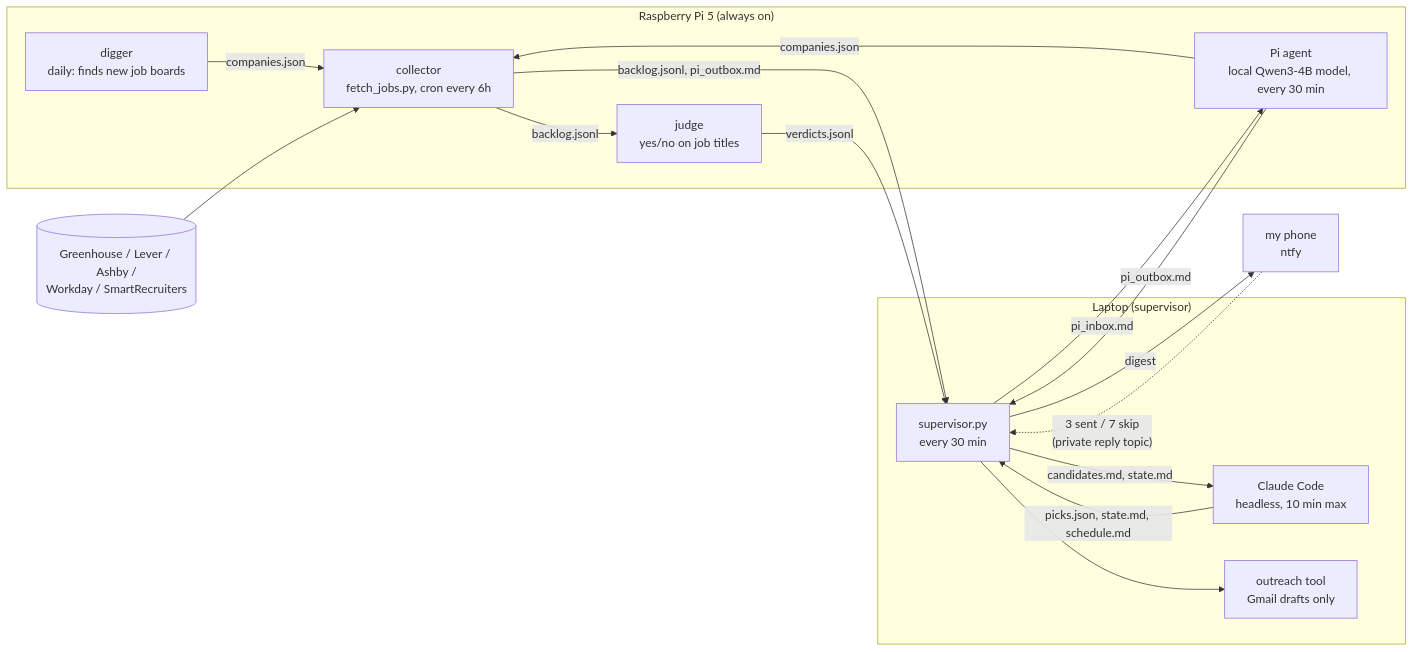
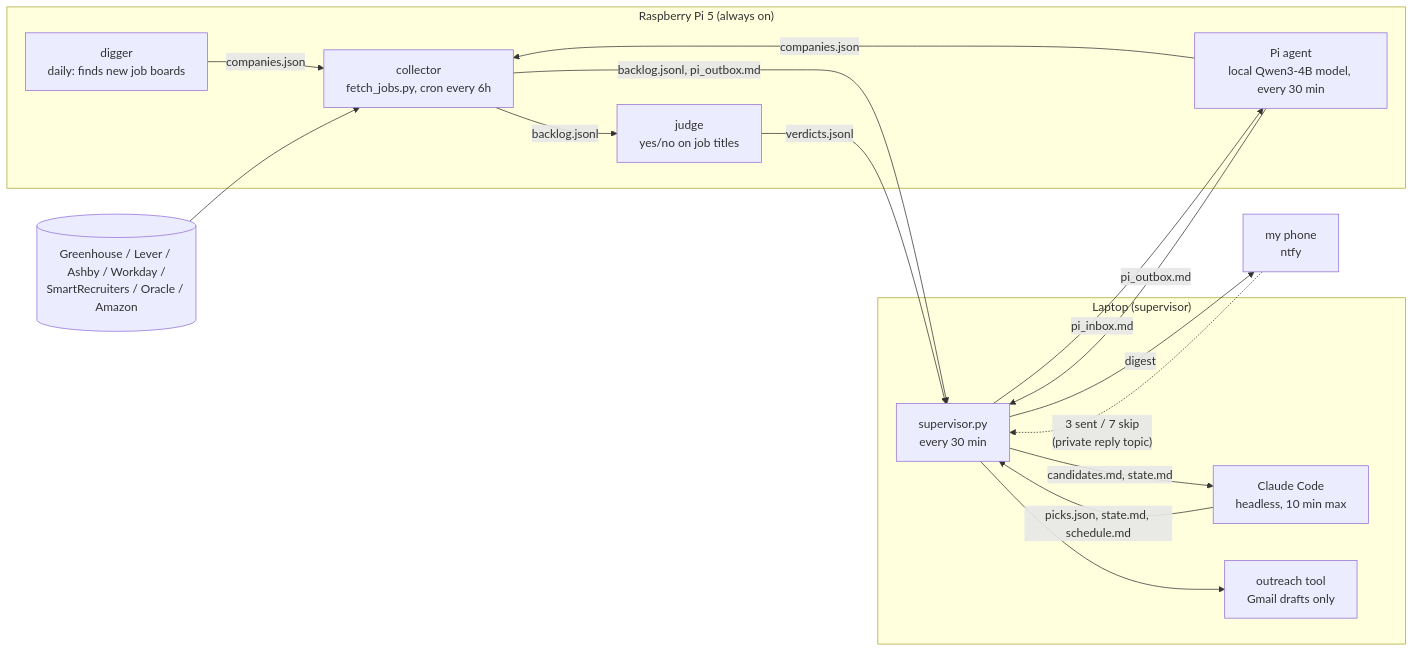
Before and after one commit to ShlokisAFK/job-agent: the diagram in README.md, drawn with Mermaid. The commit also changed other lines of this file and 9 other files, not shown here.

First line of the commit message:
Add Oracle and Amazon boards, internships-only mode and posting excerpts

````diff
--- a/README.md
+++ b/README.md
@@ -8,27 +8,27 @@
 ```mermaid
 flowchart LR
     subgraph Pi["Raspberry Pi 5 (always on)"]
         F[collector<br/>fetch_jobs.py, cron every 6h]
         A[Pi agent<br/>local Qwen3-4B model, every 30 min]
         A -- companies.json --> F
         G[digger<br/>daily: finds new job boards]
         G -- companies.json --> F
         J[judge<br/>yes/no on job titles]
         F -- backlog.jsonl --> J
     end
     subgraph Laptop["Laptop (supervisor)"]
         S[supervisor.py<br/>every 30 min]
         C[Claude Code<br/>headless, 10 min max]
         O[outreach tool<br/>Gmail drafts only]
     end
-    B[(Greenhouse / Lever / Ashby /<br/>Workday / SmartRecruiters)] --> F
+    B[(Greenhouse / Lever / Ashby / Workday /<br/>SmartRecruiters / Oracle / Amazon)] --> F
     F -- backlog.jsonl, pi_outbox.md --> S
     J -- verdicts.jsonl --> S
     S -- candidates.md, state.md --> C
     C -- picks.json, state.md, schedule.md --> S
     S --> O
     S -- digest --> P[my phone<br/>ntfy]
     P -. "3 sent / 7 skip<br/>(private reply topic)" .-> S
     S -- pi_inbox.md --> A
     A -- pi_outbox.md --> S
 ```
````
